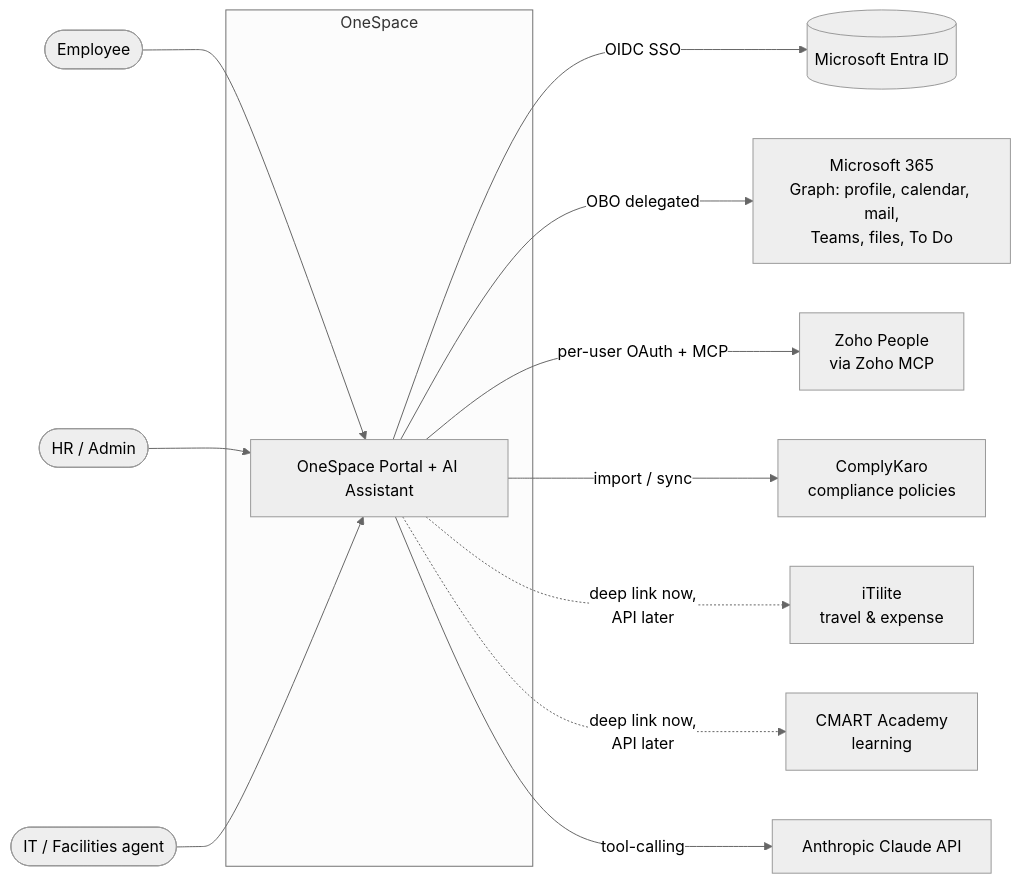
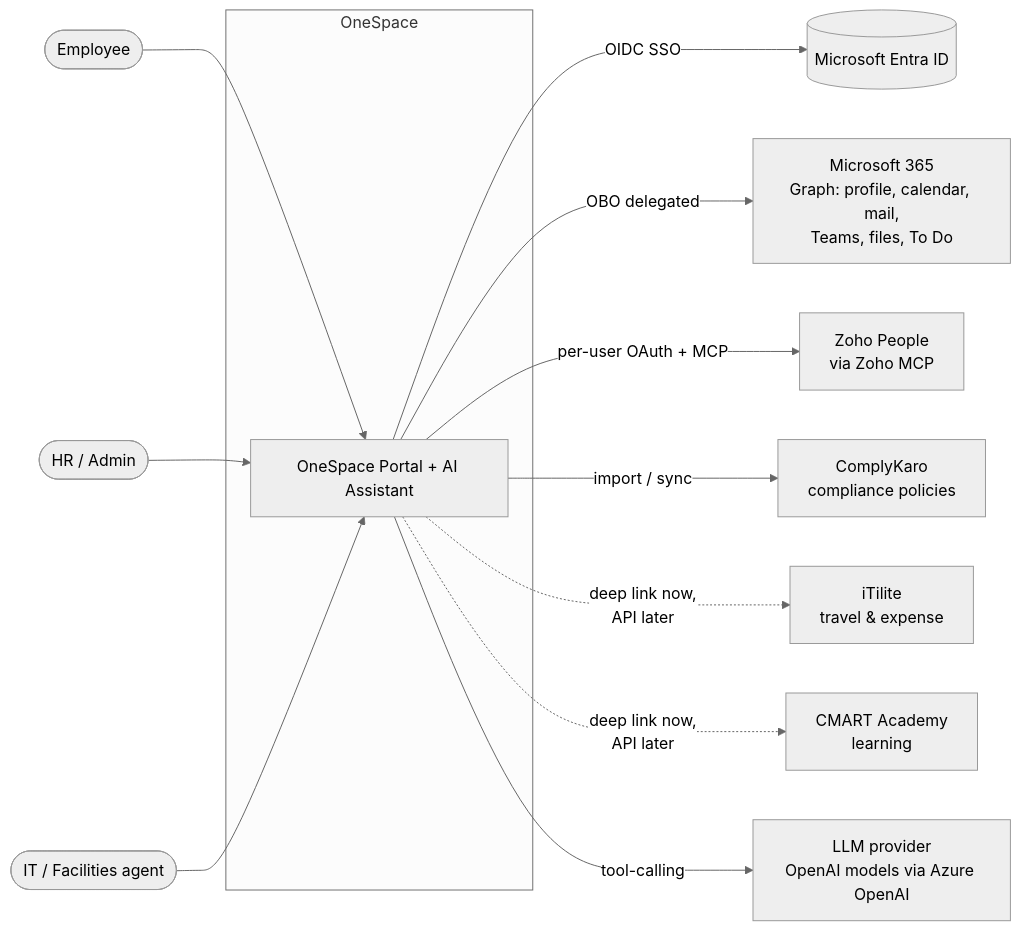
Before and after one commit to sumanpulavarthy/OneSpace: the first of 7 diagrams in docs/architecture/OneSpace_Enterprise_Architecture.md, drawn with Mermaid (neutral theme). The commit also changed other lines of this file and 5 other files, not shown here.

First line of the commit message:
Architecture v0.2: apply Rahul's review comments

````diff
--- a/docs/architecture/OneSpace_Enterprise_Architecture.md
+++ b/docs/architecture/OneSpace_Enterprise_Architecture.md
@@ -38,29 +53,29 @@
 ```mermaid
 flowchart LR
     emp([Employee])
     hr([HR / Admin])
     agent([IT / Facilities agent])
 
     subgraph OS[OneSpace]
         portal[OneSpace Portal + AI Assistant]
     end
 
     entra[(Microsoft Entra ID)]
     m365[Microsoft 365<br/>Graph: profile, calendar, mail,<br/>Teams, files, To Do]
     zoho[Zoho People<br/>via Zoho MCP]
     ck[ComplyKaro<br/>compliance policies]
     itl[iTilite<br/>travel & expense]
     acad[CMART Academy<br/>learning]
-    llm[Anthropic Claude API]
+    llm[LLM provider<br/>OpenAI models via Azure OpenAI]
 
     emp --> portal
     hr --> portal
     agent --> portal
     portal -- OIDC SSO --> entra
     portal -- OBO delegated --> m365
     portal -- per-user OAuth + MCP --> zoho
     portal -- import / sync --> ck
     portal -. deep link now,<br/>API later .-> itl
     portal -. deep link now,<br/>API later .-> acad
     portal -- tool-calling --> llm
 ```
````
